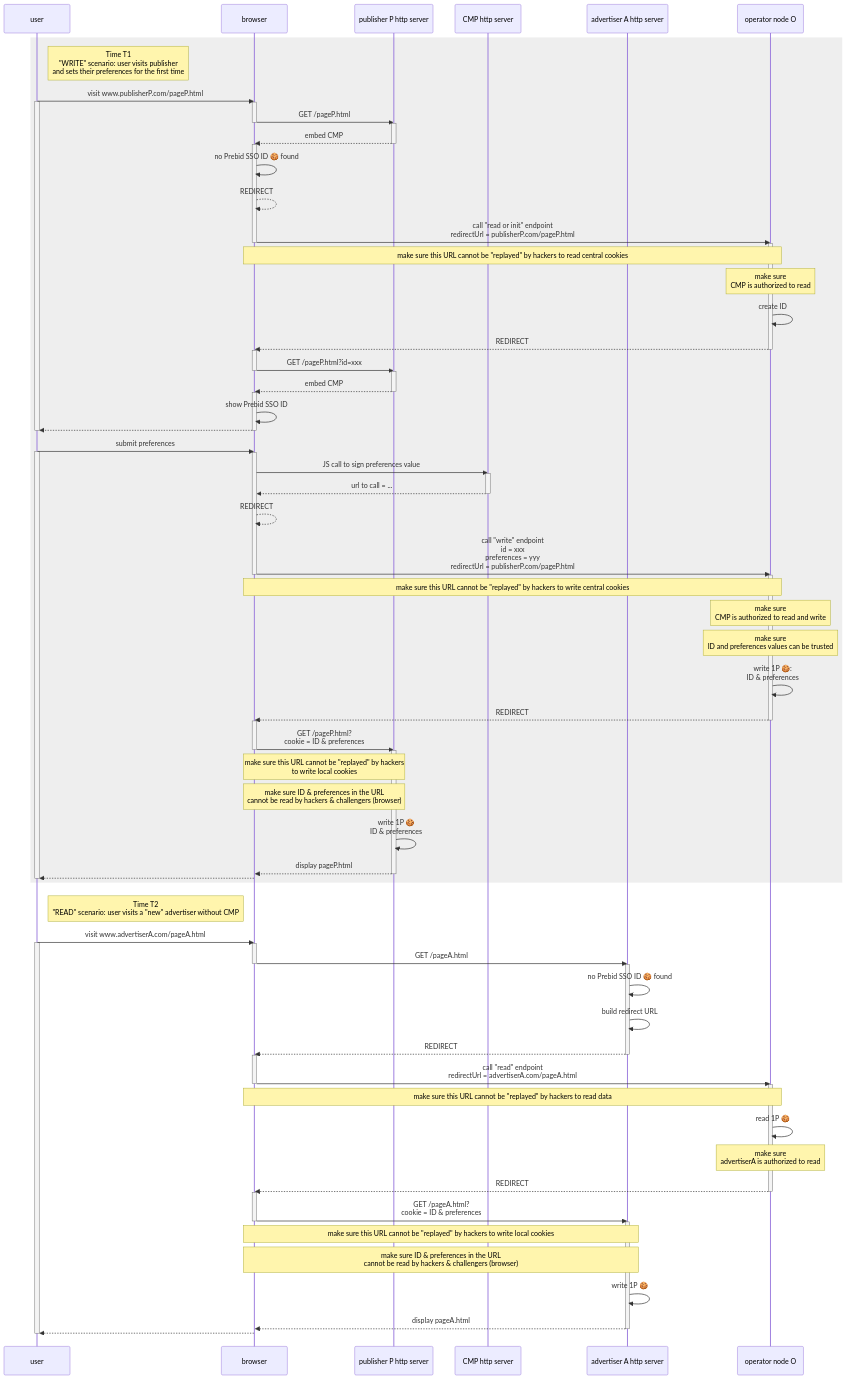
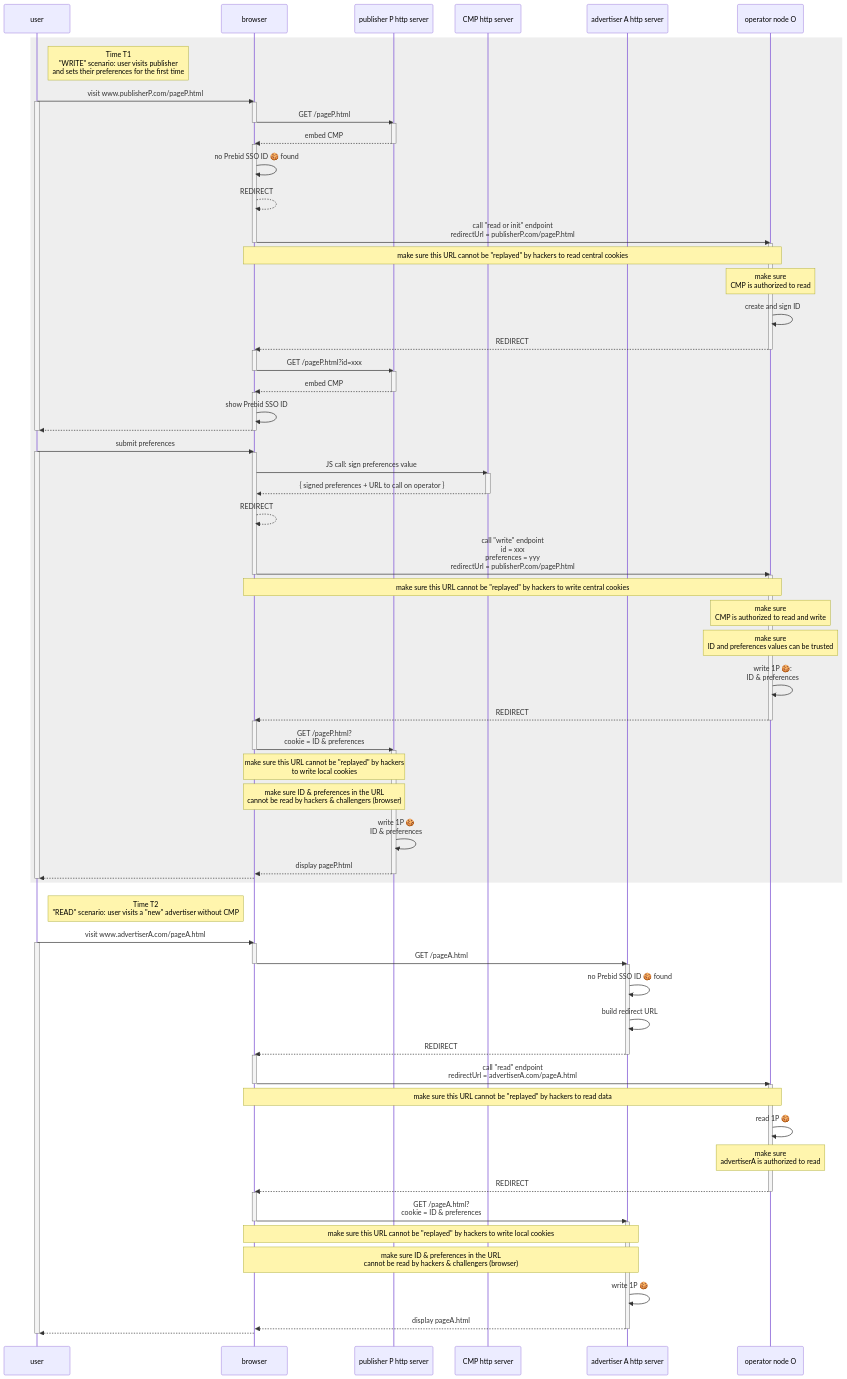
The second of 2 diagrams in mvp-spec/operator-requirements.md (OneKey-Network/addressability-framework), drawn with Mermaid before and after one commit. The commit also changed other lines of this file and 2 other files, not shown here.

First line of the commit message:
- Reword "package preferences" => "sign preferences" (#19)

```diff
--- a/mvp-spec/operator-requirements.md
+++ b/mvp-spec/operator-requirements.md
@@ -223,7 +226,7 @@
         activate O
             note over B,O: make sure this URL cannot be "replayed" by hackers to read central cookies
             note over O: make sure<br/>CMP is authorized to read
-            O ->> O: create ID
+            O ->> O: create and sign ID
             O -->> B: REDIRECT
         deactivate O
 
@@ -247,9 +250,9 @@
     activate U
 
         activate B
-            B ->> C: JS call to sign preferences value
+            B ->> C: JS call: sign preferences value
             activate C
-                C -->> B: url to call = ...
+                C -->> B: { signed preferences + URL to call on operator }
             deactivate C
 
             B -->> B: REDIRECT
```
